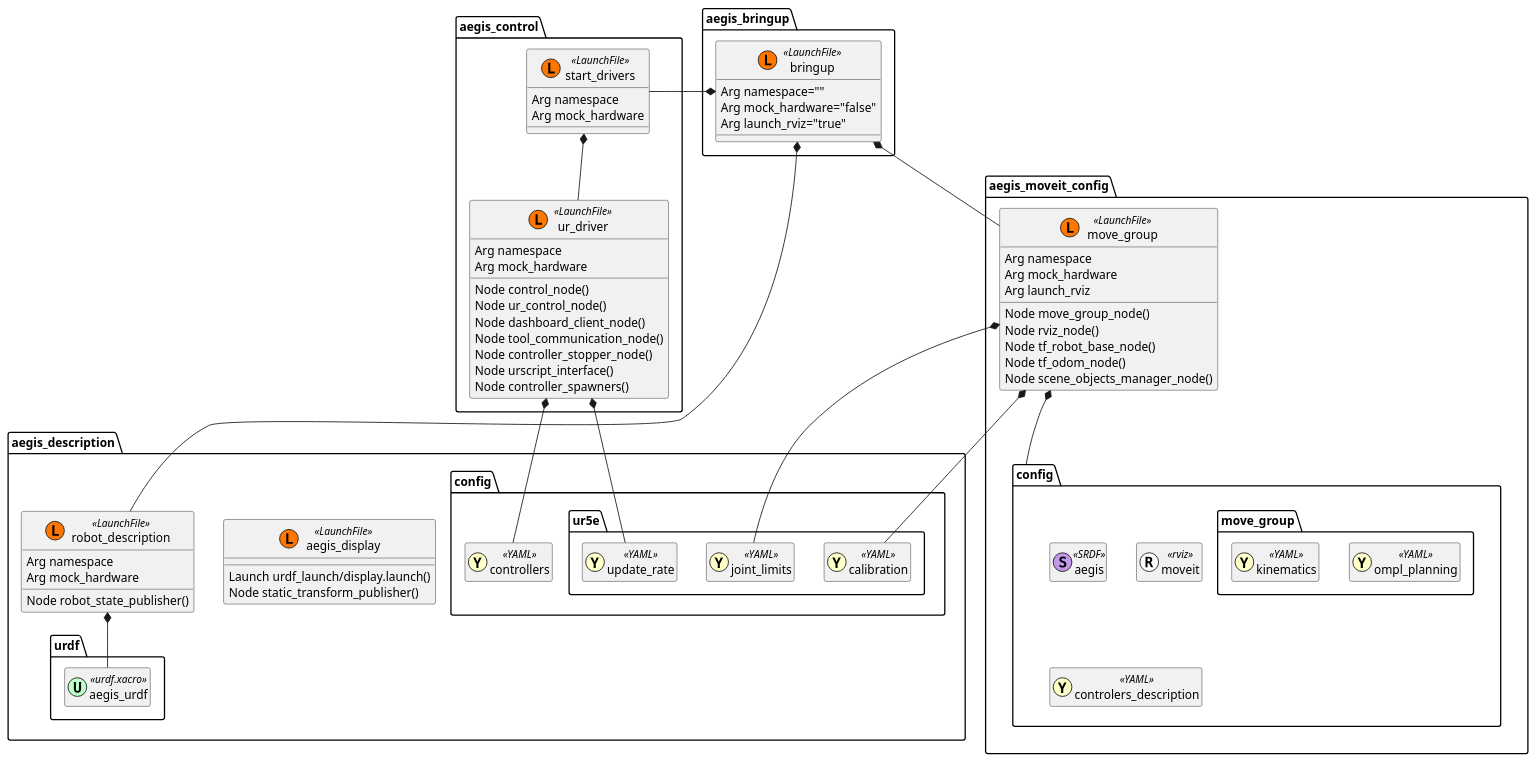
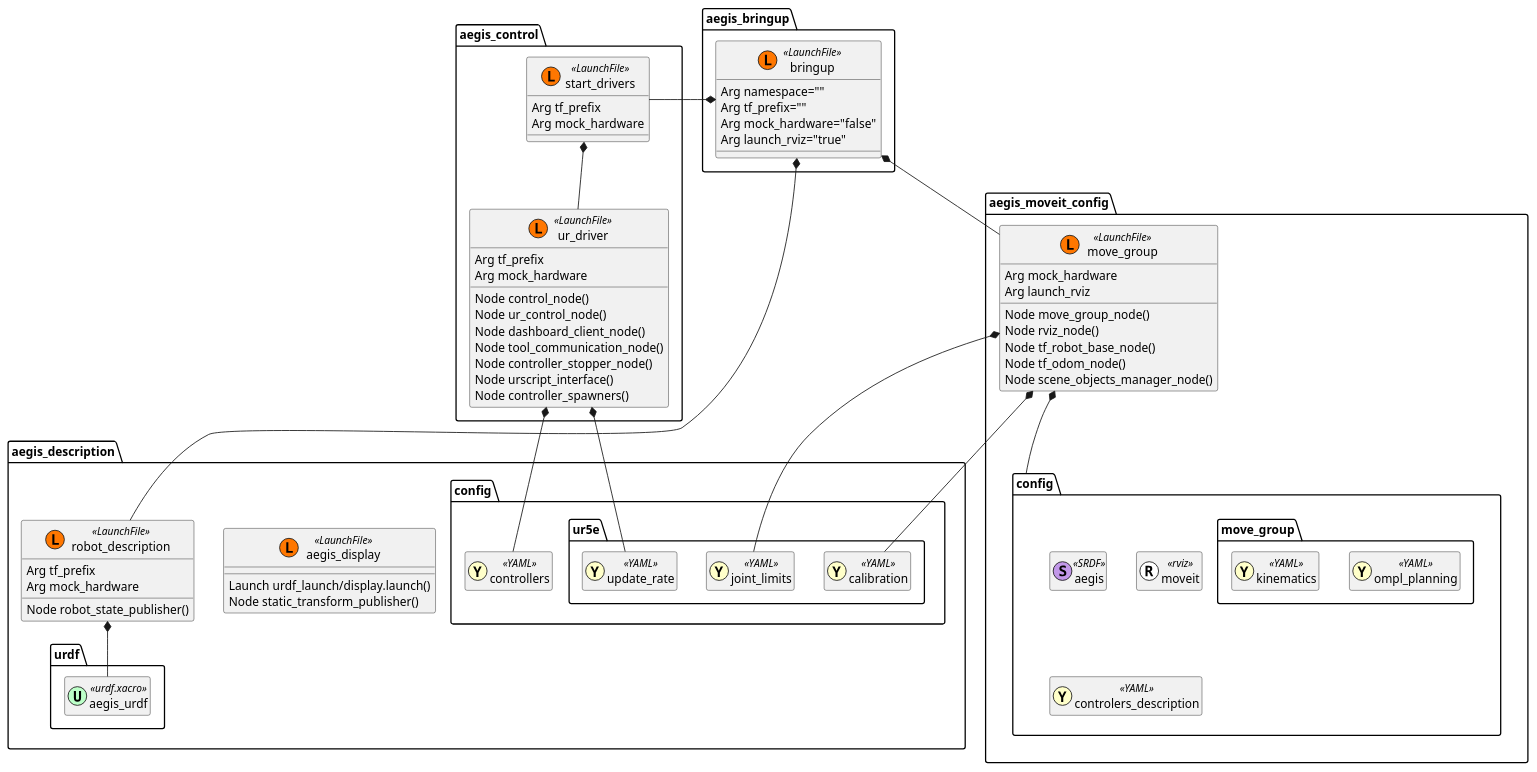
Before and after one commit to AGH-CEAI/aegis_ros: the diagram in aegis_bringup/launch_diagram.plantuml, drawn with PlantUML. The commit also changed 1 other file, not shown here.

Commit message:
Updated launch diagrams for launch args

```diff
--- a/aegis_bringup/launch_diagram.plantuml
+++ b/aegis_bringup/launch_diagram.plantuml
@@ -1,97 +1,97 @@
 @startuml Launch Files
 
 package aegis_bringup {
     class bringup << (L,#FF7700) LaunchFile >> {
         Arg namespace=""
+        Arg tf_prefix=""
         Arg mock_hardware="false"
         Arg launch_rviz="true"
     }
 }
 
 package aegis_control {
     class start_drivers << (L,#FF7700) LaunchFile >> {
-        Arg namespace
+        Arg tf_prefix
         Arg mock_hardware
     }
     class ur_driver << (L,#FF7700) LaunchFile >> {
-        Arg namespace
+        Arg tf_prefix
         Arg mock_hardware
         Node control_node()
         Node ur_control_node()
         Node dashboard_client_node()
         Node tool_communication_node()
         Node controller_stopper_node()
         Node urscript_interface()
         Node controller_spawners()
     }
 
 }
 
 package aegis_description {
     class aegis_display << (L,#FF7700) LaunchFile >> {
         Launch urdf_launch/display.launch()
         Node static_transform_publisher()
     }
 
     class robot_description << (L,#FF7700) LaunchFile >> {
-        Arg namespace
+        Arg tf_prefix
         Arg mock_hardware
         Node robot_state_publisher()
     }
 
     package config {
         class controllers << (Y,#ffffc9) YAML >> {}
         package ur5e {
             class calibration << (Y,#ffffc9) YAML >> {}
             class joint_limits << (Y,#ffffc9) YAML >> {}
             class update_rate << (Y,#ffffc9) YAML >> {}
         }
     }
 
     package urdf {
         class aegis_urdf << (U,#bcffc8) urdf.xacro >> {}
     }
 }
 
 package aegis_moveit_config {
     class move_group << (L,#FF7700) LaunchFile >> {
-        Arg namespace
         Arg mock_hardware
         Arg launch_rviz
         Node move_group_node()
         Node rviz_node()
         Node tf_robot_base_node()
         Node tf_odom_node()
         Node scene_objects_manager_node()
     }
     package config {
         class aegis << (S,#c298e9) SRDF >> {}
         package move_group {
             class ompl_planning << (Y,#ffffc9) YAML >> {}
             class kinematics << (Y,#ffffc9) YAML >> {}
         }
         class moveit << (R,#ffffff) rviz >> {}
         class controlers_description << (Y,#ffffc9) YAML >> {}
     }
 }
 
 
 aegis_bringup.bringup *-left- aegis_control.start_drivers
 aegis_bringup.bringup *-- aegis_moveit_config.move_group
 aegis_bringup.bringup *-- aegis_description.robot_description
 aegis_description.robot_description *-- aegis_description.urdf.aegis_urdf
 
 aegis_control.start_drivers *-- aegis_control.ur_driver
 aegis_control.ur_driver *-- aegis_description.config.ur5e.update_rate
 aegis_control.ur_driver *-- aegis_description.config.controllers
 
 aegis_moveit_config.move_group *-- aegis_moveit_config.config
 aegis_moveit_config.move_group *-- aegis_description.config.ur5e.joint_limits
 aegis_moveit_config.move_group *-- aegis_description.config.ur5e.calibration
 
 skinparam classAttributeIconSize 0
 hide << YAML >> members
 hide << urdf.xacro >> members
 hide << SRDF >> members
 hide << rviz >> members
 @enduml
```
